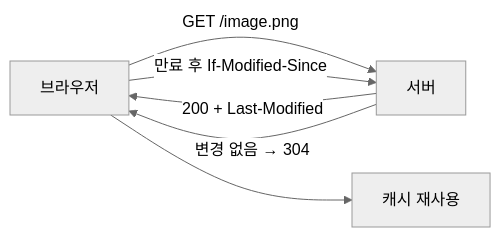
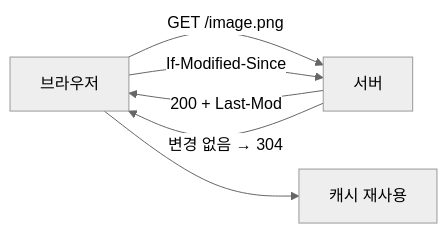
The third of 4 diagrams in _posts/http/2021-02-07-http-8.md (yjkim2015/yjkim2015.github.io), drawn with Mermaid (neutral theme) before and after one commit. The commit also changed other lines of this file and 245 other files, not shown here.

First line of the commit message:
Mermaid 다이어그램 전면 수정 + 면접 포인트 접기/펼치기 + DB 데드락 페이지

````diff
--- a/_posts/http/2021-02-07-http-8.md
+++ b/_posts/http/2021-02-07-http-8.md
@@ -106,8 +106,8 @@
 ```mermaid
 graph LR
     C["브라우저"] -->|"GET /image.png"| S["서버"]
-    S -->|"200 + Last-Modified"| C
-    C -->|"만료 후 If-Modified-Since"| S
+    S -->|"200 + Last-Mod"| C
+    C -->|"If-Modified-Since"| S
     S -->|"변경 없음 → 304"| C
     C --> CACHE["캐시 재사용"]
 ```
````
